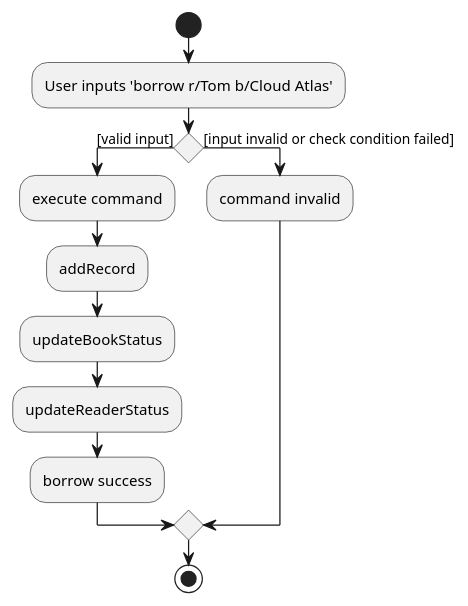
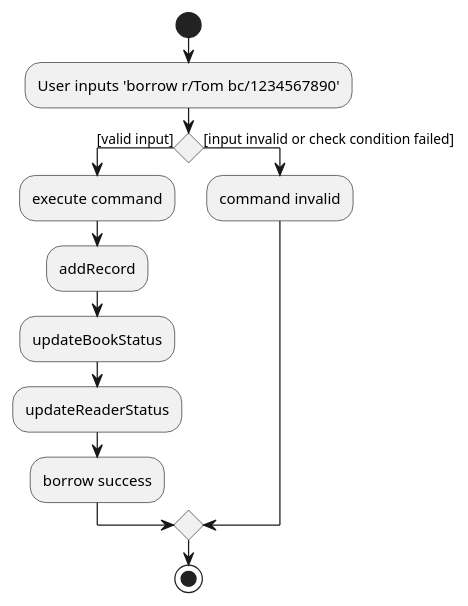
One commit to nus-cs2103-AY2021S2/tp changed the diagram in docs/diagrams/BorrowActivityDiagram.puml. Above: the diagram before and after it, drawn with PlantUML. The commit also changed 4 other files, not shown here.

```diff
--- a/docs/diagrams/BorrowActivityDiagram.puml
+++ b/docs/diagrams/BorrowActivityDiagram.puml
@@ -1,18 +1,18 @@
 @startuml
 start
-:User inputs 'borrow r/Tom b/Cloud Atlas';
+:User inputs 'borrow r/Tom bc/1234567890';
 
 'Since the beta syntax does not support placing the condition outside the
 'diamond we place it as the true branch instead.
 
 if () then ([valid input])
     :execute command;
     :addRecord;
     :updateBookStatus;
     :updateReaderStatus;
     :borrow success;
 else ([input invalid or check condition failed])
     :command invalid;
 endif
 stop
 @enduml
```
